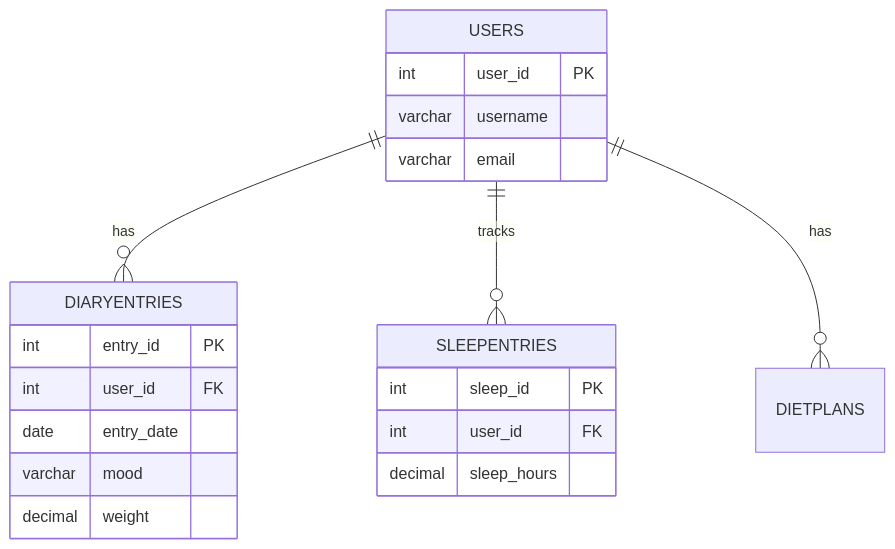
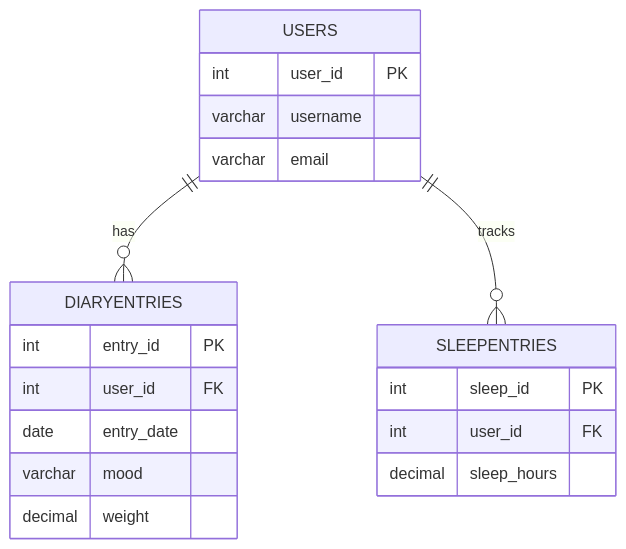
One commit to Elkkuss/Hyte changed the diagram in db/diagram.md. Above: the diagram before and after it, drawn with Mermaid.

Commit message:
Fixed diagram

````diff
--- a/db/diagram.md
+++ b/db/diagram.md
@@ -1,26 +1,25 @@
 ```mermaid
 erDiagram
     USERS ||--o{ DIARYENTRIES : has
     USERS ||--o{ SLEEPENTRIES : tracks
-    USERS ||--o{ DIETPLANS : has
 
     USERS {
         int user_id PK
         varchar username
         varchar email
     }
 
     DIARYENTRIES {
         int entry_id PK
         int user_id FK
         date entry_date
         varchar mood
         decimal weight
     }
 
     SLEEPENTRIES {
         int sleep_id PK
         int user_id FK
         decimal sleep_hours
     }
 ```
````
